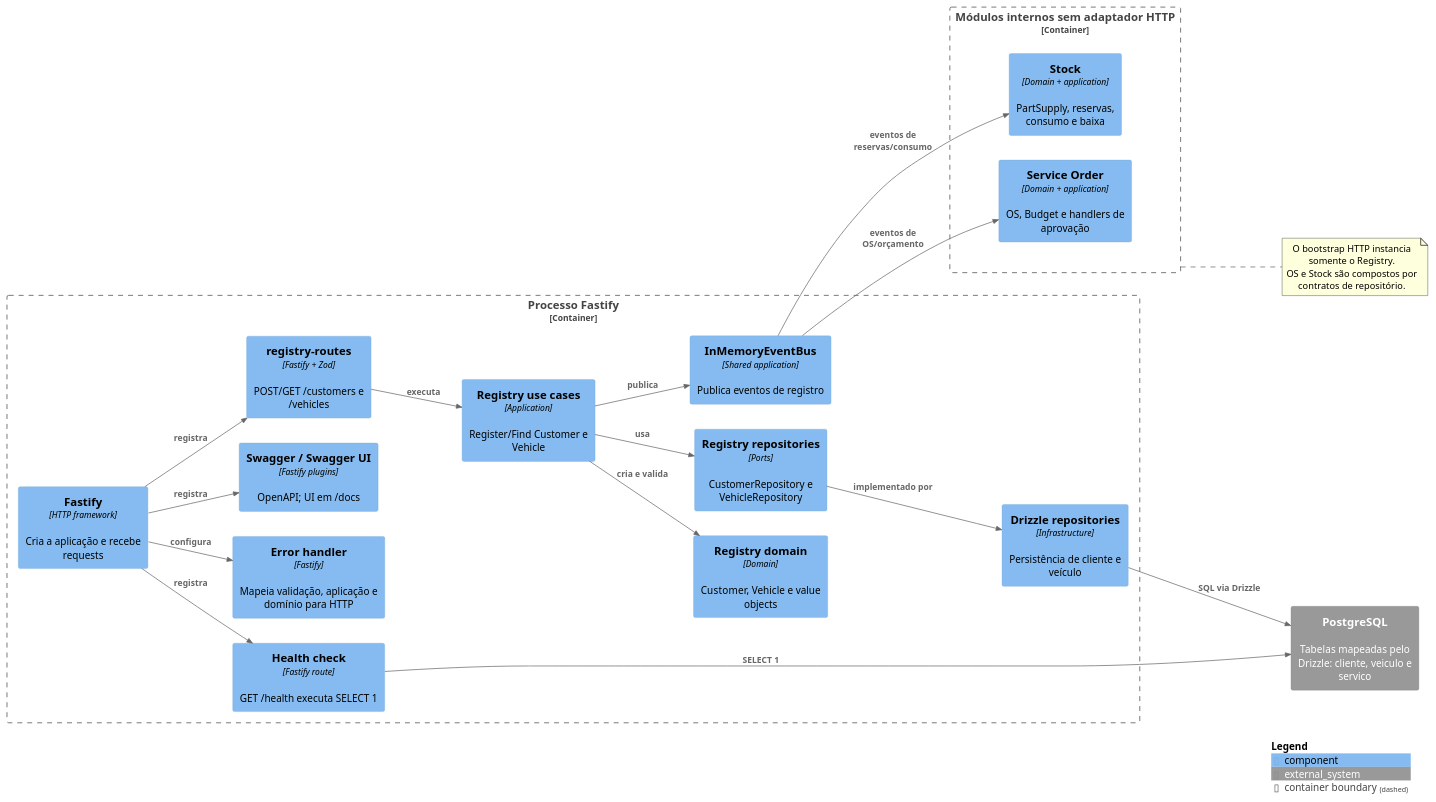
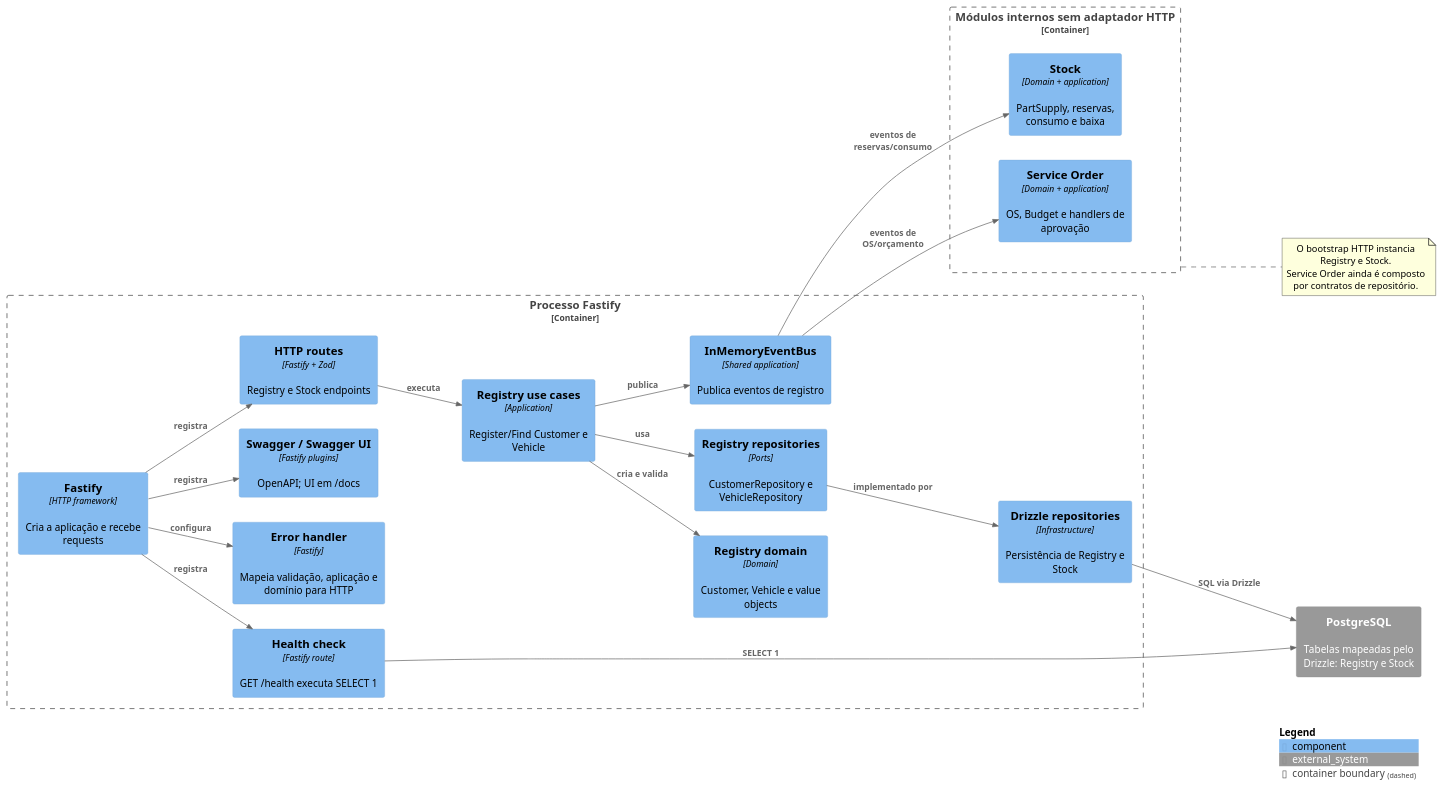
The diagram in docs/plantuml/c4-components.puml (15soat-fiap-45/api.mecanica), drawn with PlantUML before and after one commit. The commit also changed 14 other files, not shown here.

First line of the commit message:
feat: add stock management features including routes, use cases, and database schema

```diff
--- a/docs/plantuml/c4-components.puml
+++ b/docs/plantuml/c4-components.puml
@@ -1,42 +1,42 @@
 @startuml C4 Components - API Oficina Mecanica
 !include https://raw.githubusercontent.com/plantuml-stdlib/C4-PlantUML/master/C4_Component.puml
 LAYOUT_LEFT_RIGHT()
 
 Container_Boundary(api, "Processo Fastify") {
     Component(fastify, "Fastify", "HTTP framework", "Cria a aplicação e recebe requests")
-    Component(routes, "registry-routes", "Fastify + Zod", "POST/GET /customers e /vehicles")
+    Component(routes, "HTTP routes", "Fastify + Zod", "Registry e Stock endpoints")
     Component(error_handler, "Error handler", "Fastify", "Mapeia validação, aplicação e domínio para HTTP")
     Component(use_cases, "Registry use cases", "Application", "Register/Find Customer e Vehicle")
     Component(aggregates, "Registry domain", "Domain", "Customer, Vehicle e value objects")
     Component(repositories, "Registry repositories", "Ports", "CustomerRepository e VehicleRepository")
-    Component(drizzle_adapters, "Drizzle repositories", "Infrastructure", "Persistência de cliente e veículo")
+    Component(drizzle_adapters, "Drizzle repositories", "Infrastructure", "Persistência de Registry e Stock")
     Component(event_bus, "InMemoryEventBus", "Shared application", "Publica eventos de registro")
     Component(swagger, "Swagger / Swagger UI", "Fastify plugins", "OpenAPI; UI em /docs")
     Component(health, "Health check", "Fastify route", "GET /health executa SELECT 1")
 }
 Container_Boundary(other_contexts, "Módulos internos sem adaptador HTTP") {
     Component(service_order, "Service Order", "Domain + application", "OS, Budget e handlers de aprovação")
     Component(stock, "Stock", "Domain + application", "PartSupply, reservas, consumo e baixa")
 }
-System_Ext(postgres, "PostgreSQL", "Tabelas mapeadas pelo Drizzle: cliente, veiculo e servico")
+System_Ext(postgres, "PostgreSQL", "Tabelas mapeadas pelo Drizzle: Registry e Stock")
 
 Rel(fastify, routes, "registra")
 Rel(fastify, error_handler, "configura")
 Rel(fastify, swagger, "registra")
 Rel(fastify, health, "registra")
 Rel(routes, use_cases, "executa")
 Rel(use_cases, aggregates, "cria e valida")
 Rel(use_cases, repositories, "usa")
 Rel(repositories, drizzle_adapters, "implementado por")
 Rel(drizzle_adapters, postgres, "SQL via Drizzle")
 Rel(use_cases, event_bus, "publica")
 Rel(event_bus, service_order, "eventos de OS/orçamento")
 Rel(event_bus, stock, "eventos de reservas/consumo")
 Rel(health, postgres, "SELECT 1")
 
 note right of other_contexts
-    O bootstrap HTTP instancia somente o Registry.
-    OS e Stock são compostos por contratos de repositório.
+    O bootstrap HTTP instancia Registry e Stock.
+    Service Order ainda é composto por contratos de repositório.
 end note
 SHOW_LEGEND()
 @enduml
```
